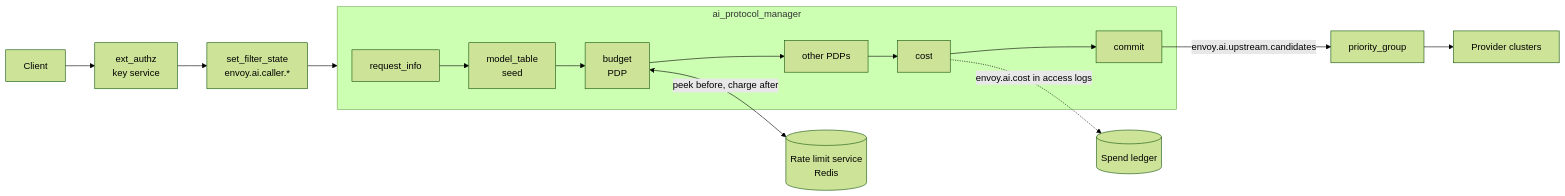
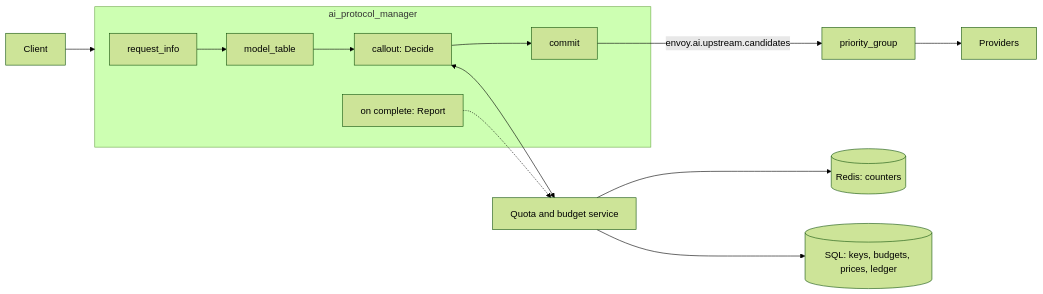
Before and after one commit to botengyao/envoy: the first of 2 diagrams in source/docs/ai_budget_routing.md, drawn with Mermaid (forest theme). The commit also changed other lines of this file, not shown here.

Commit message:
ai_protocol_manager: check limits through an AI callout service

````diff
--- a/source/docs/ai_budget_routing.md
+++ b/source/docs/ai_budget_routing.md
@@ -57,16 +22,14 @@
 ```mermaid
 flowchart LR
-  C[Client] --> AU[ext_authz<br/>key service] --> SF[set_filter_state<br/>envoy.ai.caller.*]
-  SF --> APM
+  C[Client] --> APM
   subgraph APM[ai_protocol_manager]
-    RI[request_info] --> MT[model_table<br/>seed]
-    MT --> BU[budget<br/>PDP]
-    BU --> OP[other PDPs]
-    OP --> CO[cost]
-    CO --> CM[commit]
+    RI[request_info] --> MT[model_table] --> CA[callout: Decide]
+    CA --> CM[commit]
+    DONE[on complete: Report]
   end
-  CM -->|envoy.ai.upstream.candidates| PG[priority_group]
-  PG --> PR[Provider clusters]
-  BU <-->|peek before, charge after| RLS[(Rate limit service<br/>Redis)]
-  CO -.->|envoy.ai.cost in access logs| L[(Spend ledger)]
+  CM -->|envoy.ai.upstream.candidates| R[priority_group] --> P[Providers]
+  CA <--> QS[Quota and budget service]
+  DONE -.-> QS
+  QS --> RD[(Redis: counters)]
+  QS --> PG[(SQL: keys, budgets, prices, ledger)]
 ```
````
